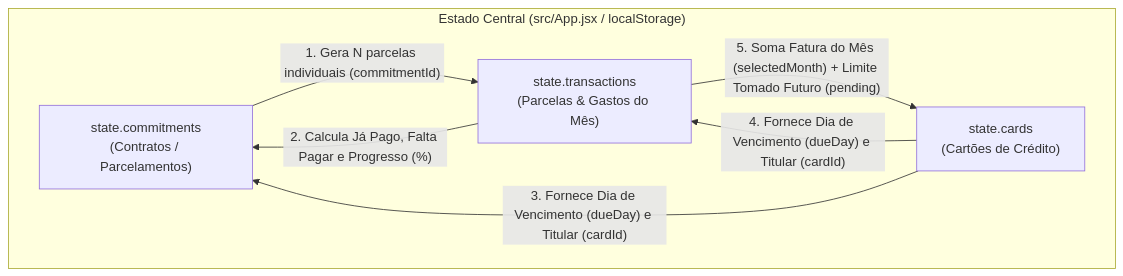
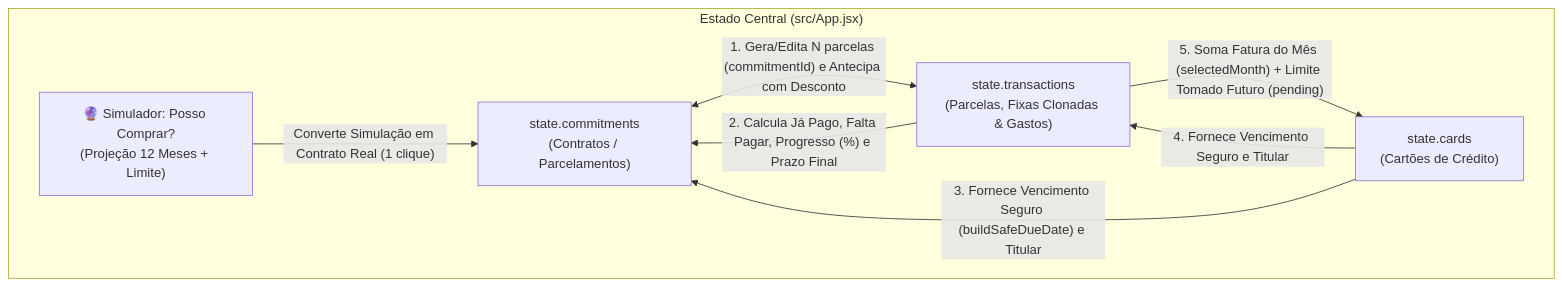
One commit to uranio8/finanpro-casal changed the first of 3 diagrams in FLUXOS_DO_SISTEMA.md. Above: the diagram before and after it, drawn with Mermaid. The commit also changed other lines of this file, not shown here.

Commit message:
docs(architecture): update FLUXOS_DO_SISTEMA.md with complete v2.0 cross-module flows and diagrams

````diff
--- a/FLUXOS_DO_SISTEMA.md
+++ b/FLUXOS_DO_SISTEMA.md
@@ -35,14 +36,16 @@
 ```mermaid
 flowchart TD
-    subgraph AppState["Estado Central (src/App.jsx / localStorage)"]
+    subgraph AppState["Estado Central (src/App.jsx)"]
+        SIM["🔮 Simulador: Posso Comprar?<br/>(Projeção 12 Meses + Limite)"]
         C["state.commitments<br/>(Contratos / Parcelamentos)"]
-        T["state.transactions<br/>(Parcelas & Gastos do Mês)"]
+        T["state.transactions<br/>(Parcelas, Fixas Clonadas & Gastos)"]
         K["state.cards<br/>(Cartões de Crédito)"]
     end
 
-    C -->|"1. Gera N parcelas individuais (commitmentId)"| T
-    T -->|"2. Calcula Já Pago, Falta Pagar e Progresso (%)"| C
-    K -->|"3. Fornece Dia de Vencimento (dueDay) e Titular (cardId)"| C
-    K -->|"4. Fornece Dia de Vencimento (dueDay) e Titular (cardId)"| T
+    SIM -->|"Converte Simulação em Contrato Real (1 clique)"| C
+    C <-->|"1. Gera/Edita N parcelas (commitmentId) e Antecipa com Desconto"| T
+    T -->|"2. Calcula Já Pago, Falta Pagar, Progresso (%) e Prazo Final"| C
+    K -->|"3. Fornece Vencimento Seguro (buildSafeDueDate) e Titular"| C
+    K -->|"4. Fornece Vencimento Seguro e Titular"| T
     T -->|"5. Soma Fatura do Mês (selectedMonth) + Limite Tomado Futuro (pending)"| K
 ```
````
